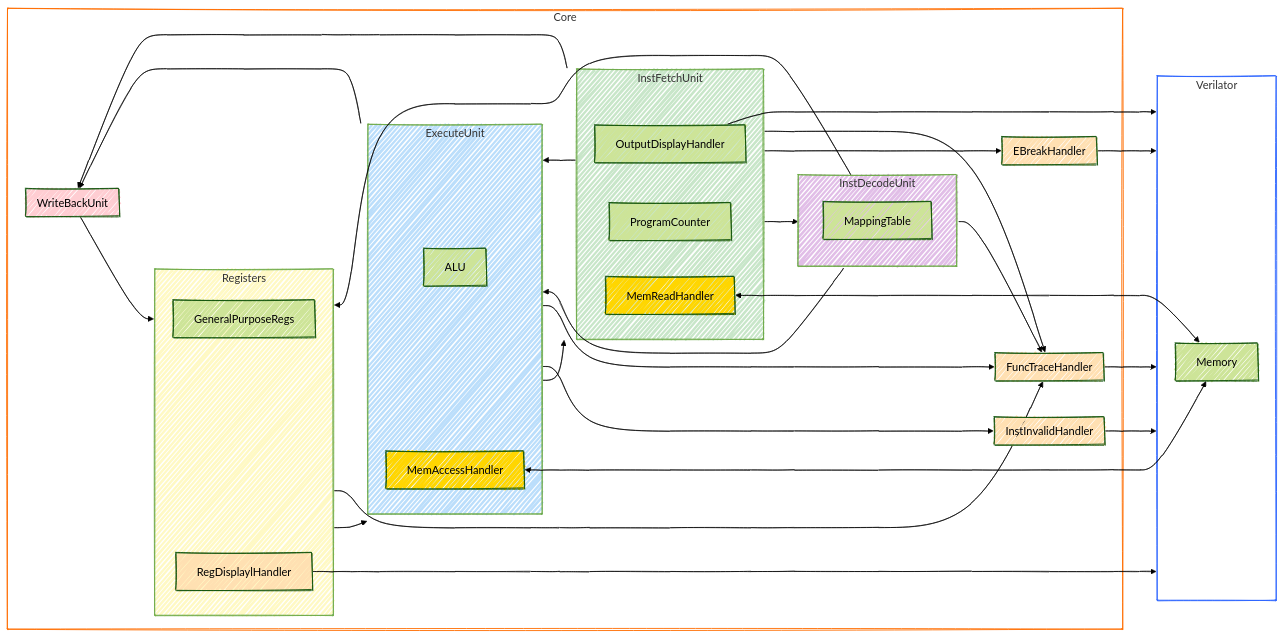
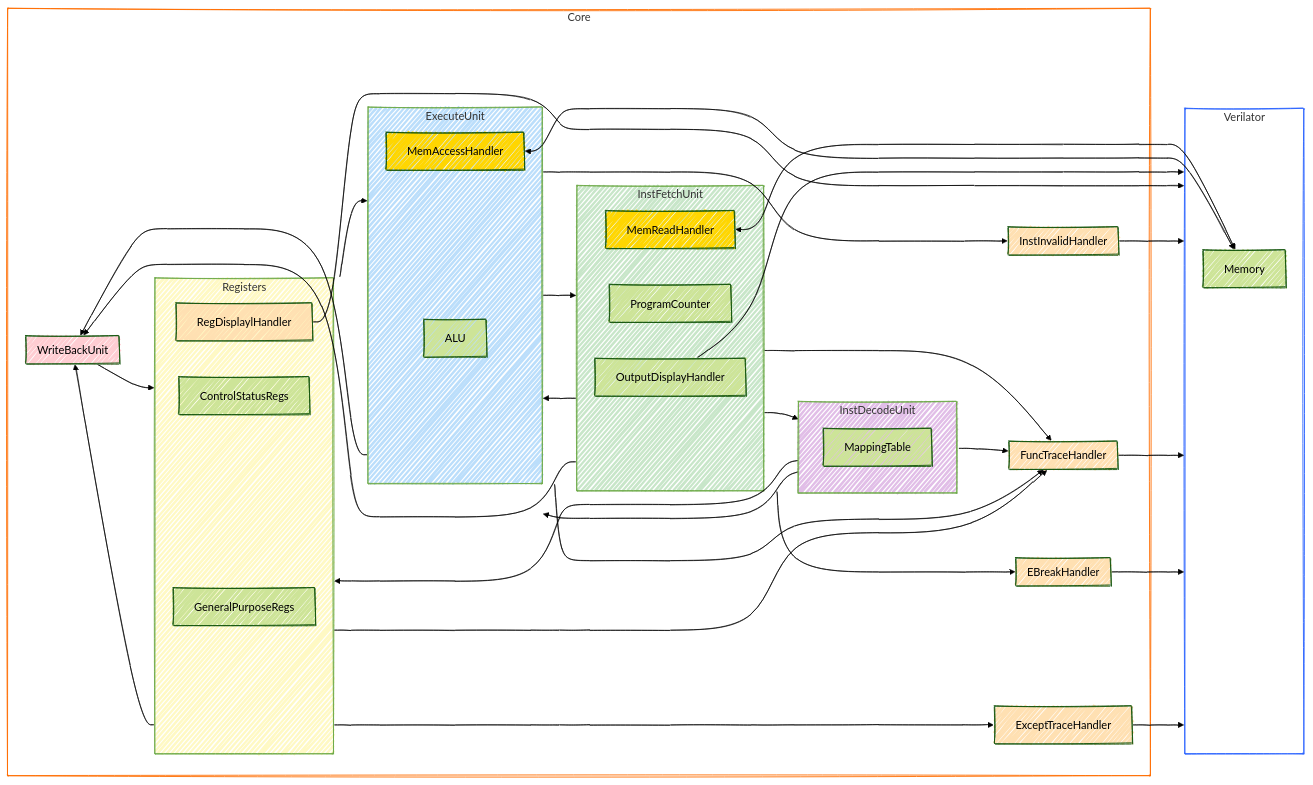
Before and after one commit to Agonisia/myOSCPU: the diagram in npc/graph/structure.mmd, drawn with Mermaid. The commit also changed 3 other files, not shown here.

```diff
--- a/npc/graph/structure.mmd
+++ b/npc/graph/structure.mmd
@@ -1,68 +1,72 @@
 ---
 config:
   theme: forest
   look: handDrawn
 ---
 flowchart LR
  subgraph InstFetchUnit["InstFetchUnit"]
         OutputDisplayHandler["OutputDisplayHandler"]
         ProgramCounter["ProgramCounter"]
         MemReadHandler["MemReadHandler"]
   end
  subgraph InstDecodeUnit["InstDecodeUnit"]
         MappingTable["MappingTable"]
   end
  subgraph ExecuteUnit["ExecuteUnit"]
         ALU["ALU"]
         MemAccessHandler["MemAccessHandler"]
   end
  subgraph Registers["Registers"]
         GeneralPurposeRegs["GeneralPurposeRegs"]
+        ControlStatusRegs["ControlStatusRegs"]
         RegDisplaylHandler["RegDisplaylHandler"]
   end
  subgraph WriteBackUnit["WriteBackUnit"]
   end
  subgraph EBreakHandler["EBreakHandler"]
   end
  subgraph FuncTraceHandler["FuncTraceHandler"]
   end
  subgraph InstInvalidHandler["InstInvalidHandler"]
   end
  subgraph Core["Core"]
         InstFetchUnit
         InstDecodeUnit
         ExecuteUnit
         Registers
         WriteBackUnit
         EBreakHandler
         FuncTraceHandler
         InstInvalidHandler
+        ExceptTraceHandler["ExceptTraceHandler"]
   end
  subgraph Verilator["Verilator"]
         Memory["Memory"]
   end
     InstFetchUnit --> InstDecodeUnit & ExecuteUnit & WriteBackUnit & EBreakHandler & FuncTraceHandler
     OutputDisplayHandler --> Verilator
     MemReadHandler <--> Memory
     InstDecodeUnit --> Registers & ExecuteUnit & FuncTraceHandler
     ExecuteUnit --> WriteBackUnit & InstFetchUnit & InstInvalidHandler & FuncTraceHandler
     MemAccessHandler <--> Memory
-    Registers --> ExecuteUnit & FuncTraceHandler
+    Registers --> ExecuteUnit & FuncTraceHandler & WriteBackUnit & ExceptTraceHandler
     WriteBackUnit --> Registers
     RegDisplaylHandler --> Verilator
     InstInvalidHandler --> Verilator
     FuncTraceHandler --> Verilator
     EBreakHandler --> Verilator
+    ExceptTraceHandler --> Verilator
     style MemReadHandler fill:#FFD600
     style MemAccessHandler fill:#FFD600
     style RegDisplaylHandler fill:#FFE0B2
     style InstFetchUnit fill:#C8E6C9
     style InstDecodeUnit fill:#E1BEE7
     style ExecuteUnit fill:#BBDEFB
     style Registers fill:#FFF9C4
     style WriteBackUnit fill:#FFCDD2
     style EBreakHandler fill:#FFE0B2
     style FuncTraceHandler fill:#FFE0B2
     style InstInvalidHandler fill:#FFE0B2
+    style ExceptTraceHandler fill:#FFE0B2
     style Verilator fill:#FFFFFF,stroke:#2962FF
     style Core fill:#FFFFFF,stroke:#FF6D00
```
